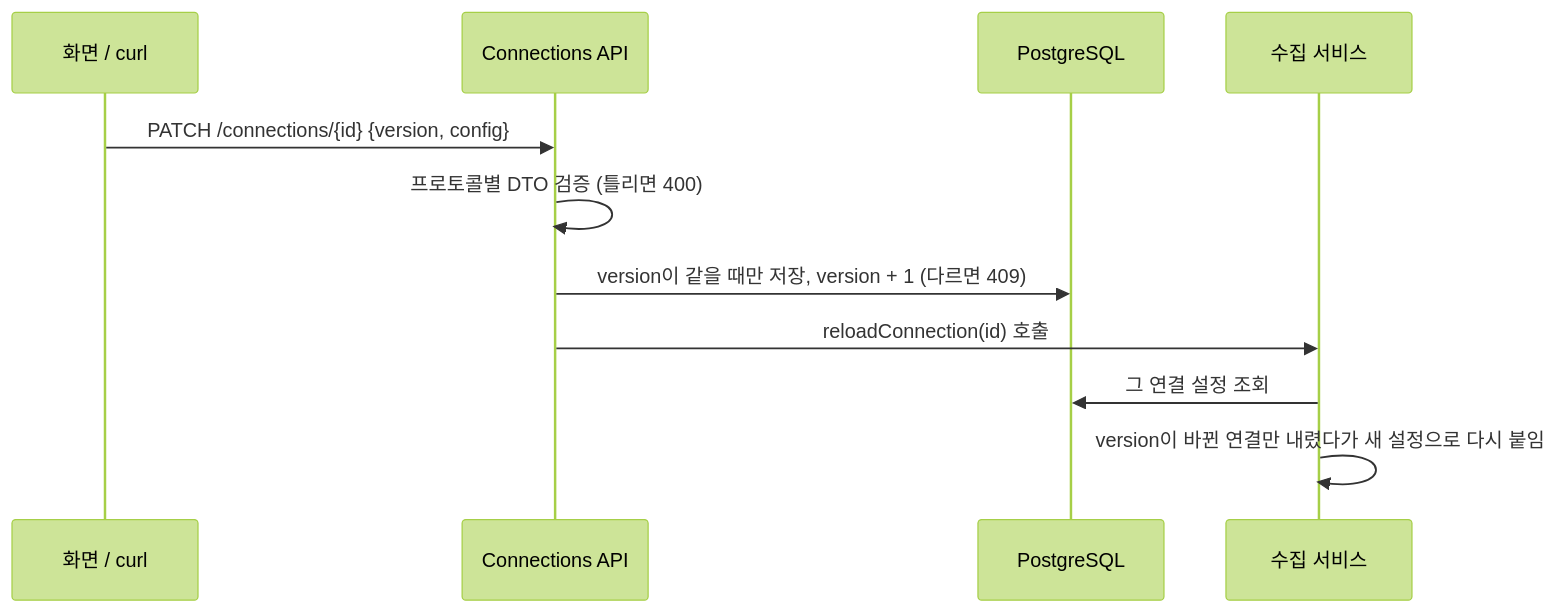
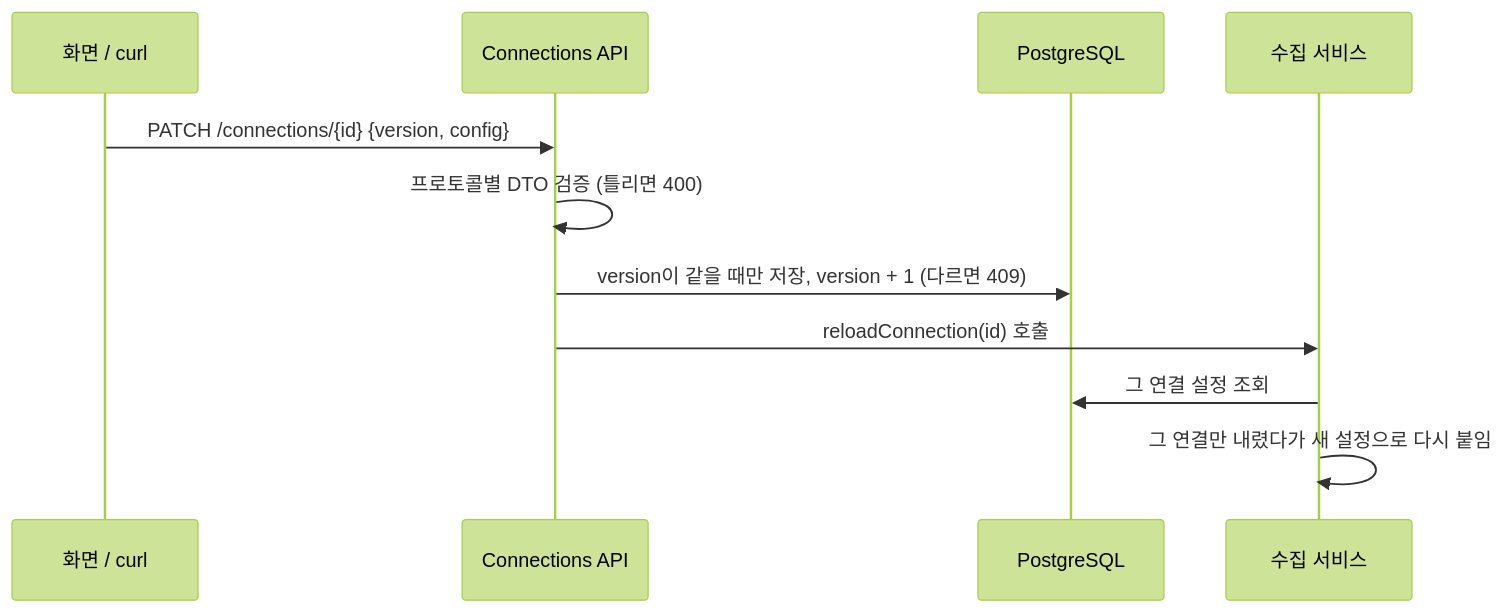
Before and after one commit to dksalsgus/agv-amr-control-middleware: the third of 7 diagrams in docs/design-rationale.md, drawn with Mermaid (forest theme). The commit also changed other lines of this file and 12 other files, not shown here.

````diff
--- a/docs/design-rationale.md
+++ b/docs/design-rationale.md
@@ -91,13 +91,13 @@
 ```mermaid
 sequenceDiagram
   participant UI as 화면 / curl
   participant API as Connections API
   participant DB as PostgreSQL
   participant SC as 수집 서비스
   UI->>API: PATCH /connections/{id} {version, config}
   API->>API: 프로토콜별 DTO 검증 (틀리면 400)
   API->>DB: version이 같을 때만 저장, version + 1 (다르면 409)
   API->>SC: reloadConnection(id) 호출
   SC->>DB: 그 연결 설정 조회
-  SC->>SC: version이 바뀐 연결만 내렸다가 새 설정으로 다시 붙임
+  SC->>SC: 그 연결만 내렸다가 새 설정으로 다시 붙임
 ```
````
